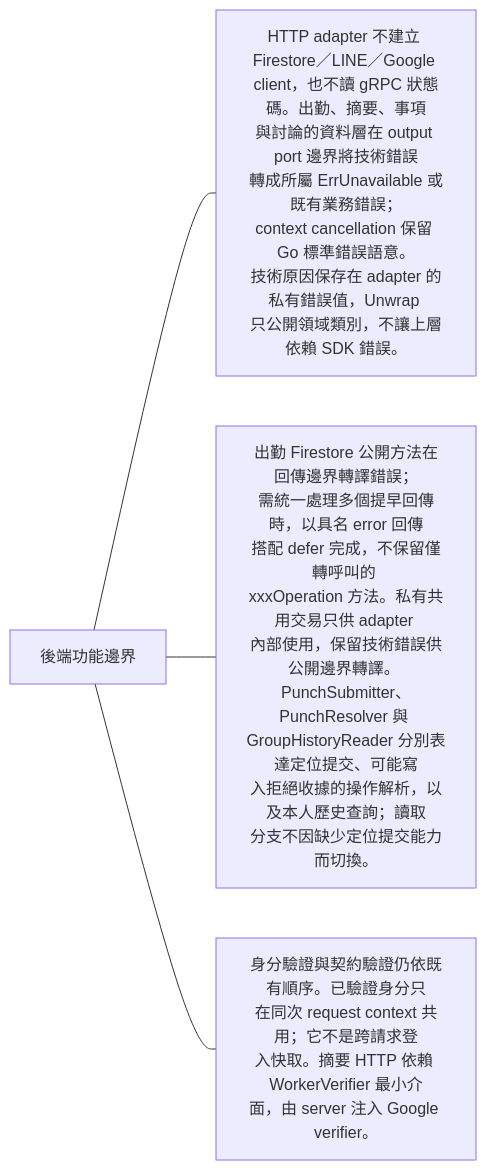
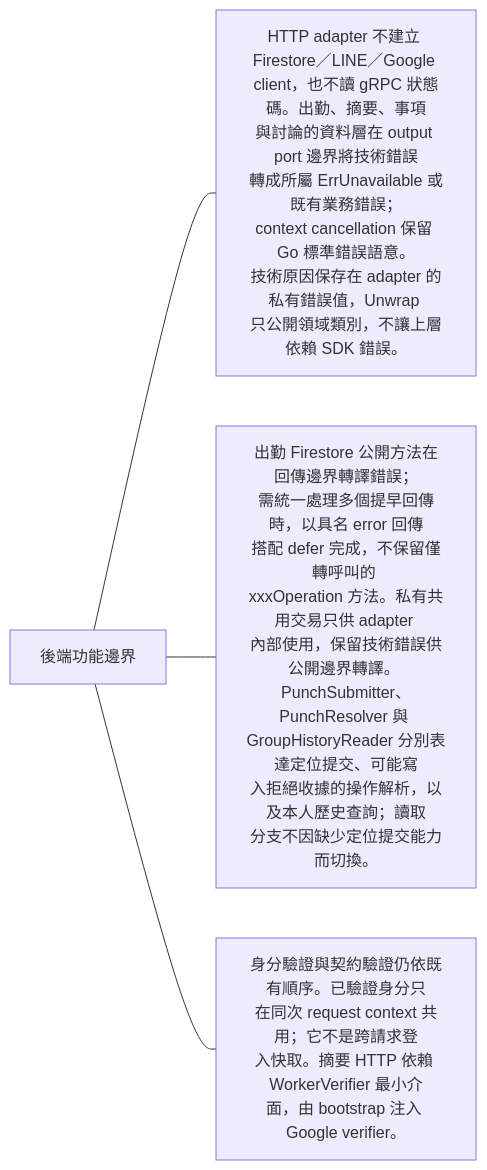
Before and after one commit to 963sup/line-mini-app-bot: the third of 6 diagrams in docs/architecture/runtime/backend-boundaries.md, drawn with Mermaid. The commit also changed other lines of this file and 154 other files, not shown here.

````diff
--- a/docs/architecture/runtime/backend-boundaries.md
+++ b/docs/architecture/runtime/backend-boundaries.md
@@ -40,7 +40,7 @@
 ```mermaid
 flowchart LR
   h["後端功能邊界"]
   h --- n0["HTTP adapter 不建立 Firestore／LINE／Google <br/>client，也不讀 gRPC 狀態碼。出勤、摘要、事項<br/>與討論的資料層在 output port 邊界將技術錯誤<br/>轉成所屬 ErrUnavailable 或既有業務錯誤；<br/>context cancellation 保留 Go 標準錯誤語意。<br/>技術原因保存在 adapter 的私有錯誤值，Unwrap <br/>只公開領域類別，不讓上層依賴 SDK 錯誤。"]
   h --- n1["出勤 Firestore 公開方法在回傳邊界轉譯錯誤；<br/>需統一處理多個提早回傳時，以具名 error 回傳<br/>搭配 defer 完成，不保留僅轉呼叫的 <br/>xxxOperation 方法。私有共用交易只供 adapter <br/>內部使用，保留技術錯誤供公開邊界轉譯。 <br/>PunchSubmitter、PunchResolver 與 <br/>GroupHistoryReader 分別表達定位提交、可能寫<br/>入拒絕收據的操作解析，以及本人歷史查詢；讀取<br/>分支不因缺少定位提交能力而切換。"]
-  h --- n2["身分驗證與契約驗證仍依既有順序。已驗證身分只<br/>在同次 request context 共用；它不是跨請求登<br/>入快取。摘要 HTTP 依賴 WorkerVerifier 最小介<br/>面，由 server 注入 Google verifier。"]
+  h --- n2["身分驗證與契約驗證仍依既有順序。已驗證身分只<br/>在同次 request context 共用；它不是跨請求登<br/>入快取。摘要 HTTP 依賴 WorkerVerifier 最小介<br/>面，由 bootstrap 注入 Google verifier。"]
 ```
````
